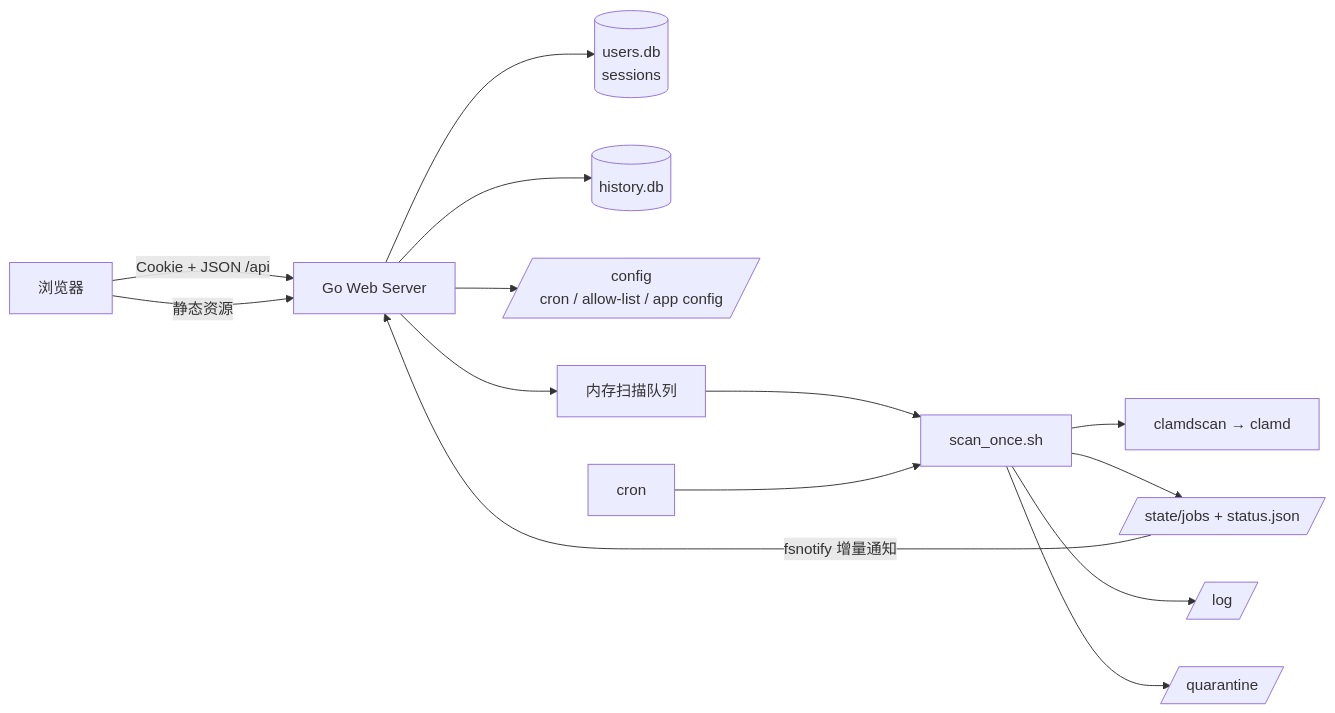
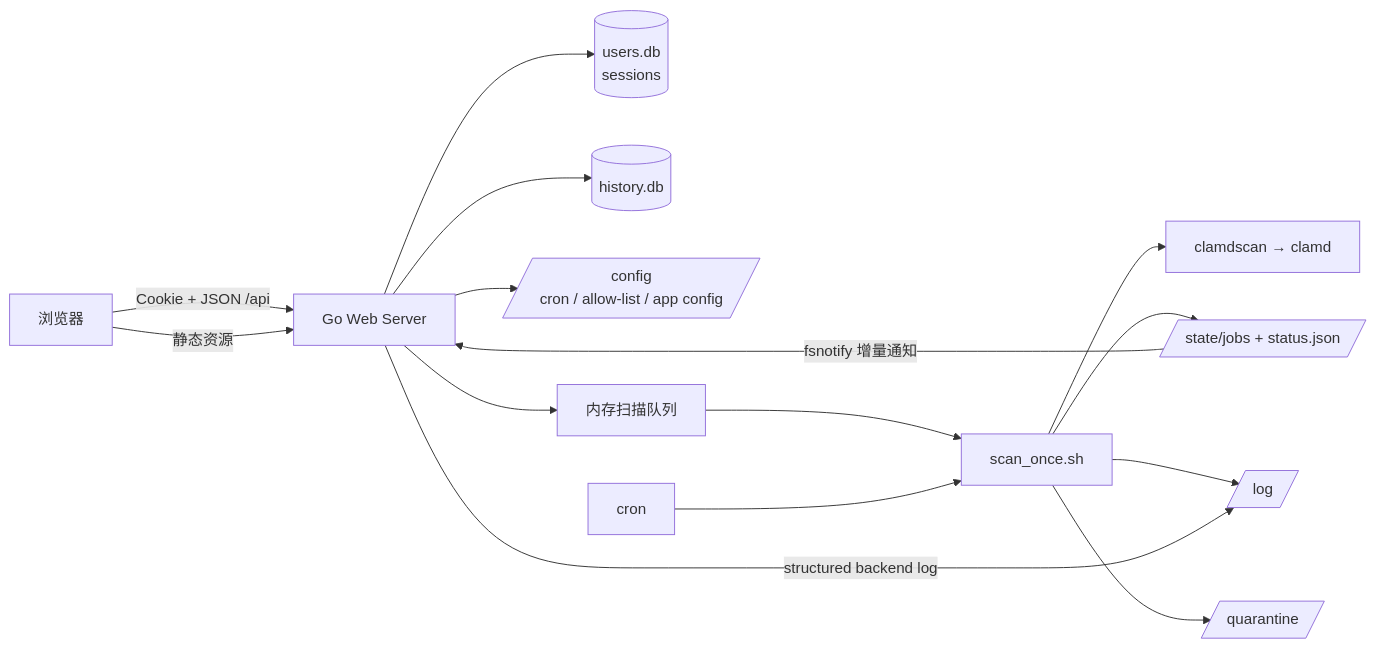
One commit to DrJason33564/ClamAV-Web changed the diagram in DEV.md. Above: the diagram before and after it, drawn with Mermaid. The commit also changed other lines of this file and 26 other files, not shown here.

````diff
--- a/DEV.md
+++ b/DEV.md
@@ -19,16 +19,17 @@
 ```mermaid
 flowchart LR
   B[浏览器] -->|Cookie + JSON /api| W[Go Web Server]
   B -->|静态资源| W
   W --> U[(users.db\nsessions)]
   W --> H[(history.db)]
   W --> C[/config\ncron / allow-list / app config/]
   W --> Q[内存扫描队列]
   Q --> S[scan_once.sh]
   R[cron] --> S
   S --> D[clamdscan → clamd]
   S --> T[/state/jobs + status.json/]
   T -->|fsnotify 增量通知| W
   S --> L[/log/]
+  W -->|structured backend log| L
   S --> Z[/quarantine/]
 ```
````
